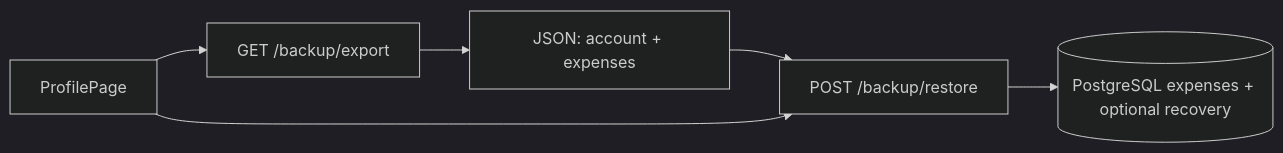
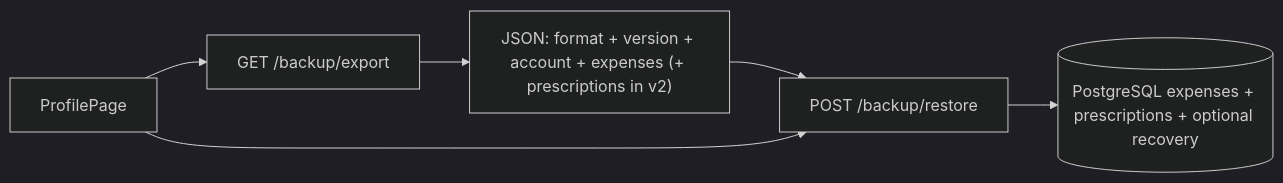
One commit to becomeonewiththecode/expense_tracker changed diagram 15 of 18 in docs/ARCHITECTURE_DIAGRAM.md. Above: the diagram before and after it, drawn with Mermaid (dark theme). The commit also changed other lines of this file and 6 other files, not shown here.

````diff
--- a/docs/ARCHITECTURE_DIAGRAM.md
+++ b/docs/ARCHITECTURE_DIAGRAM.md
@@ -530,8 +530,8 @@
 ```mermaid
 flowchart LR
   PR[ProfilePage] --> EXP["GET /backup/export"]
-  EXP --> FILE[JSON: account + expenses]
+  EXP --> FILE["JSON: format + version + account + expenses (+ prescriptions in v2)"]
   FILE --> RST["POST /backup/restore"]
-  RST --> PG[(PostgreSQL expenses + optional recovery)]
+  RST --> PG[(PostgreSQL expenses + prescriptions + optional recovery)]
   PR --> RST
 ```
````
